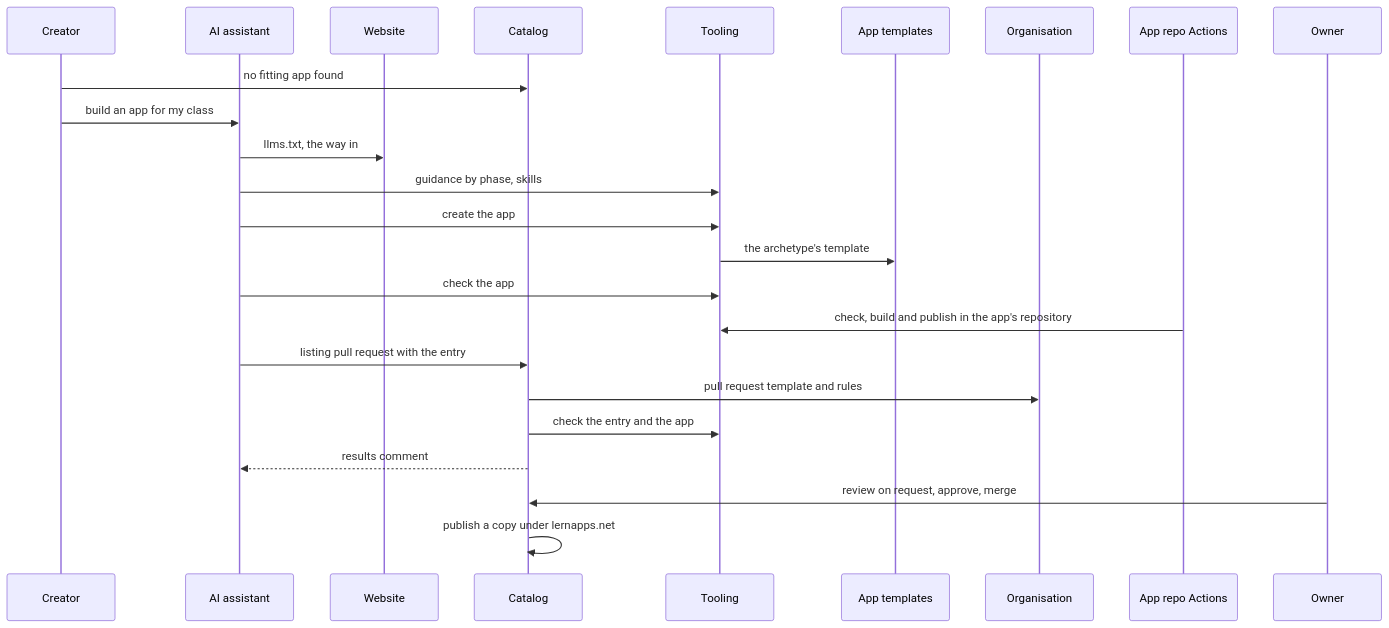
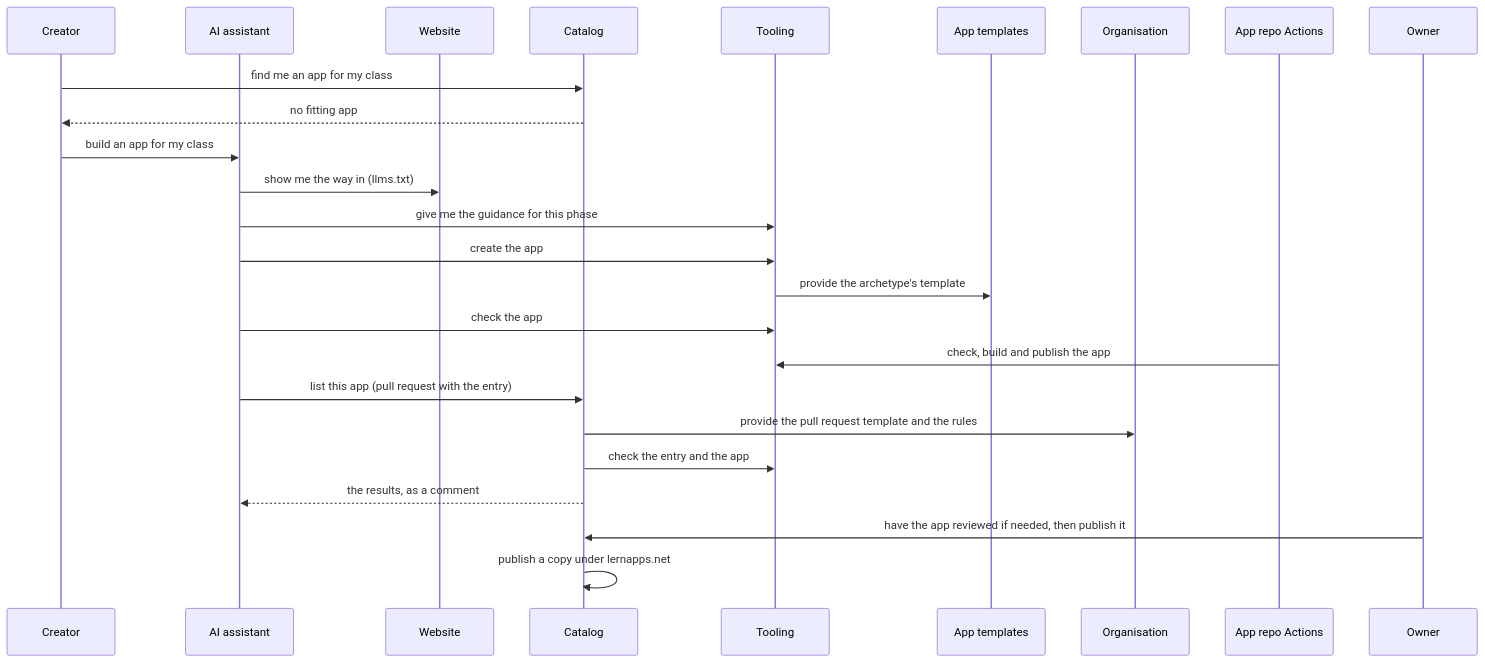
The third of 6 diagrams in docs/arc42/06-runtime-view.arc42.md (lernapps/docs), drawn with Mermaid before and after one commit. The commit also changed other lines of this file and 3 other files, not shown here.

First line of the commit message:
docs(overview): draw the flows as sequence diagrams

````diff
--- a/docs/arc42/06-runtime-view.arc42.md
+++ b/docs/arc42/06-runtime-view.arc42.md
@@ -111,26 +111,27 @@
 ```mermaid
 sequenceDiagram
     participant creator as Creator
     participant assistant as AI assistant
     participant website as Website
     participant catalog as Catalog
     participant tooling as Tooling
     participant templates as App templates
     participant org as Organisation
     participant appactions as App repo Actions
     participant owner as Owner
-    creator->>catalog: no fitting app found
+    creator->>catalog: find me an app for my class
+    catalog-->>creator: no fitting app
     creator->>assistant: build an app for my class
-    assistant->>website: llms.txt, the way in
-    assistant->>tooling: guidance by phase, skills
+    assistant->>website: show me the way in (llms.txt)
+    assistant->>tooling: give me the guidance for this phase
     assistant->>tooling: create the app
-    tooling->>templates: the archetype's template
+    tooling->>templates: provide the archetype's template
     assistant->>tooling: check the app
-    appactions->>tooling: check, build and publish in the app's repository
-    assistant->>catalog: listing pull request with the entry
-    catalog->>org: pull request template and rules
+    appactions->>tooling: check, build and publish the app
+    assistant->>catalog: list this app (pull request with the entry)
+    catalog->>org: provide the pull request template and the rules
     catalog->>tooling: check the entry and the app
-    catalog-->>assistant: results comment
-    owner->>catalog: review on request, approve, merge
+    catalog-->>assistant: the results, as a comment
+    owner->>catalog: have the app reviewed if needed, then publish it
     catalog->>catalog: publish a copy under lernapps.net
 ```
````
